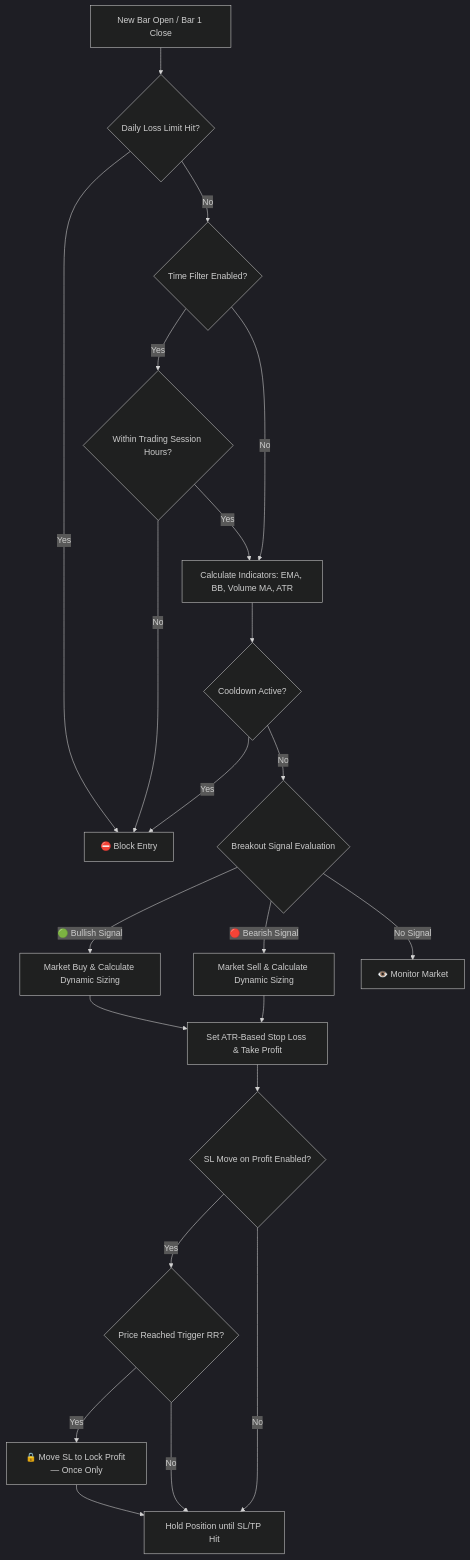
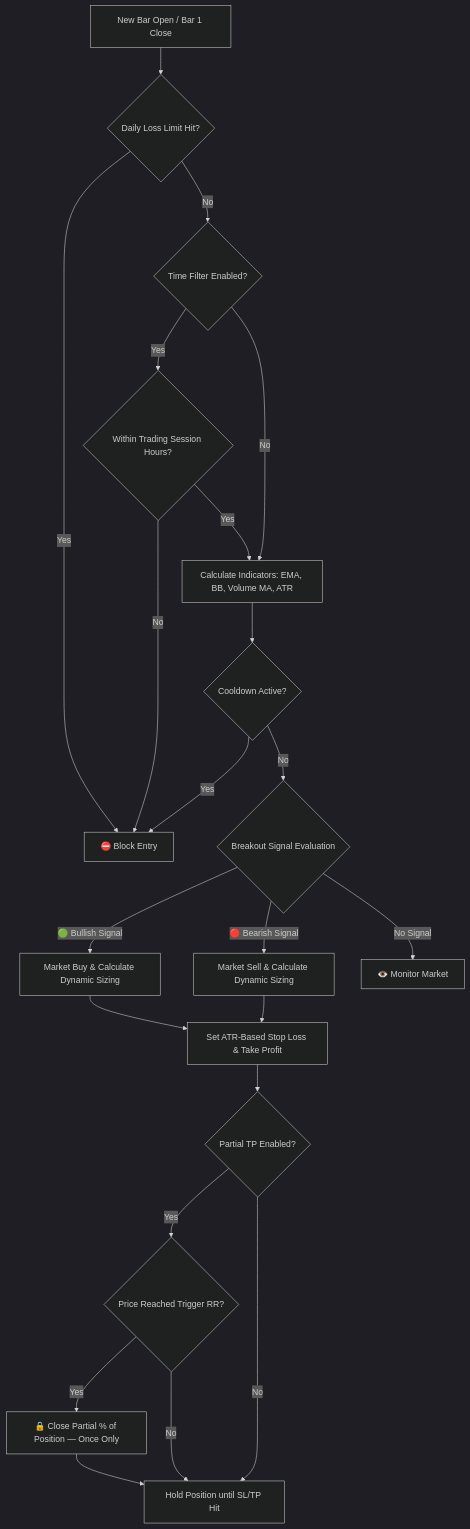
Before and after one commit to jzd101/breakout-follow-101: the first of 2 diagrams in README.md, drawn with Mermaid (dark theme). The commit also changed other lines of this file and 2 other files, not shown here.

Commit message:
feat: replace SL move on profit with partial take profit mechanism and update trading strategy parameters

````diff
--- a/README.md
+++ b/README.md
@@ -85,28 +85,28 @@
 ```mermaid
 flowchart TD
     A[New Bar Open / Bar 1 Close] --> B{Daily Loss Limit Hit?}
     B -- Yes --> C[⛔ Block Entry]
     B -- No --> TF{Time Filter Enabled?}
     TF -- Yes --> D{Within Trading Session Hours?}
     TF -- No --> E
     D -- No --> C
     D -- Yes --> E[Calculate Indicators: EMA, BB, Volume MA, ATR]
     E --> CC{Cooldown Active?}
     CC -- Yes --> C
     CC -- No --> F{Breakout Signal Evaluation}
 
     F -- 🟢 Bullish Signal --> G[Market Buy & Calculate Dynamic Sizing]
     F -- 🔴 Bearish Signal --> H[Market Sell & Calculate Dynamic Sizing]
     F -- No Signal --> I[👁️ Monitor Market]
 
     G --> J[Set ATR-Based Stop Loss & Take Profit]
     H --> J
 
-    J --> K{SL Move on Profit Enabled?}
+    J --> K{Partial TP Enabled?}
     K -- Yes --> L{Price Reached Trigger RR?}
     K -- No --> M[Hold Position until SL/TP Hit]
 
-    L -- Yes --> N[🔒 Move SL to Lock Profit — Once Only]
+    L -- Yes --> N[🔒 Close Partial % of Position — Once Only]
     L -- No --> M
     N --> M
 ```
````
